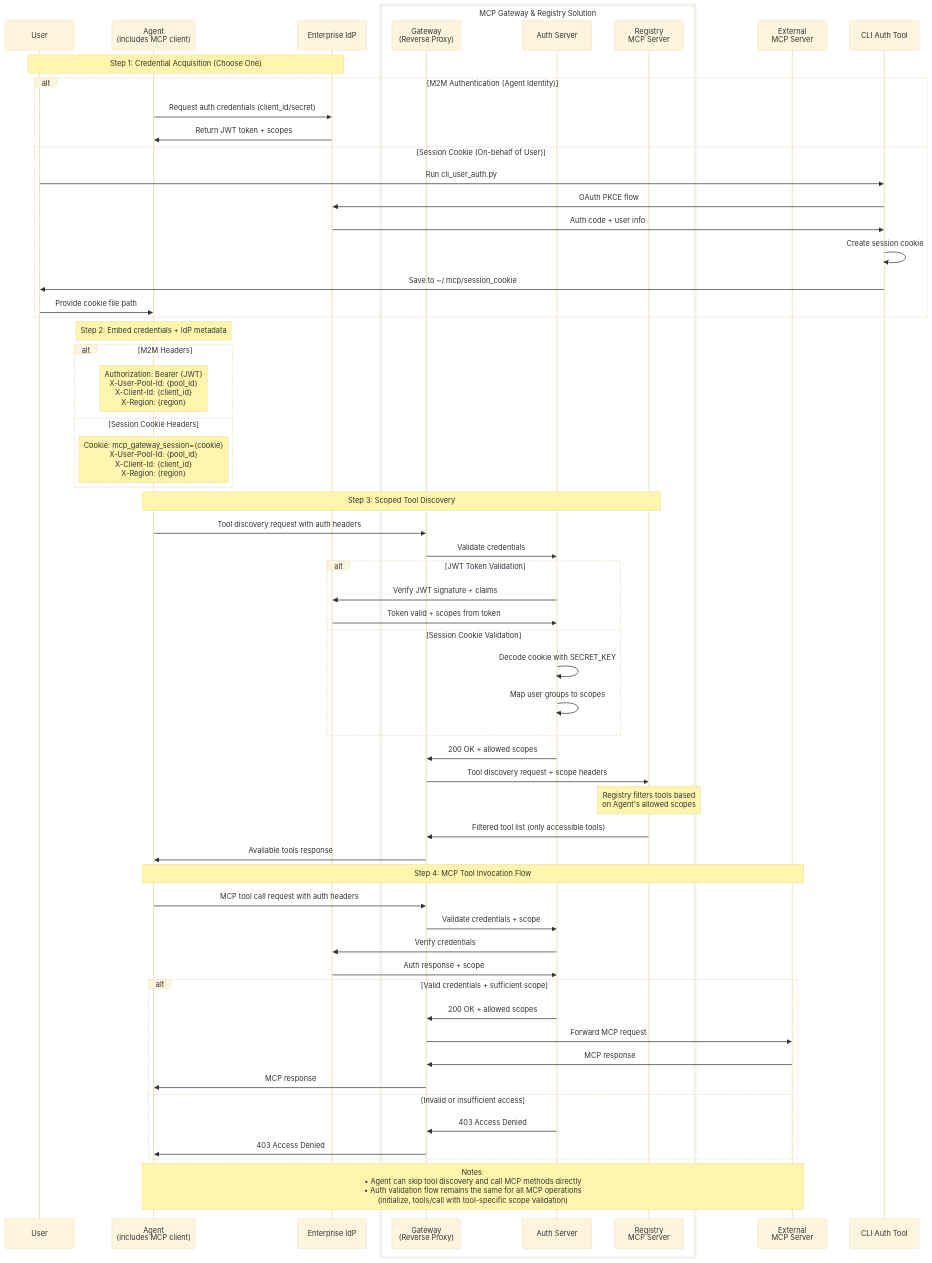
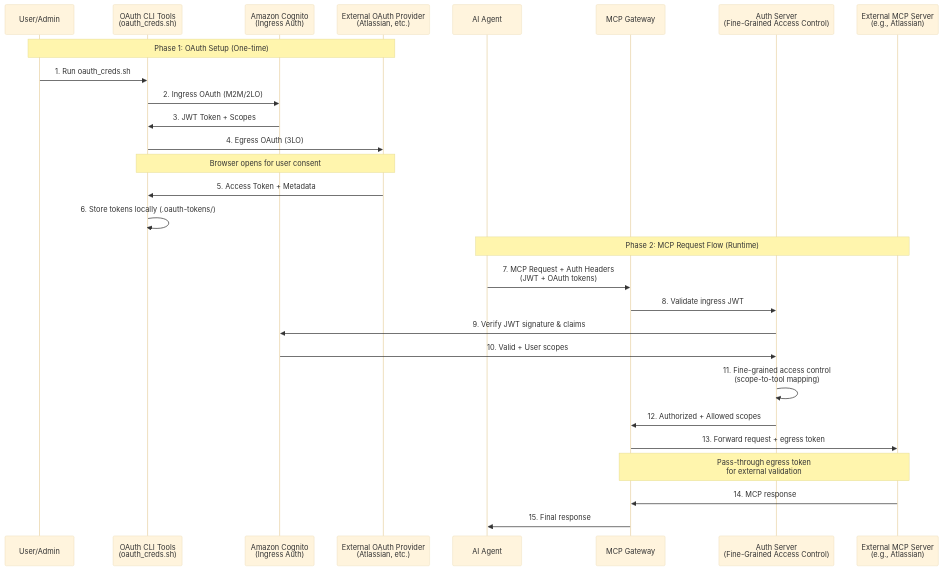
The first of 3 diagrams in docs/auth.md (ascending-llc/mcp-gateway-registry), drawn with Mermaid (base theme) before and after one commit. The commit also changed other lines of this file and 1 other file, not shown here.

First line of the commit message:
Redesign authentication documentation with OAuth 2LO/3LO architecture

````diff
--- a/docs/auth.md
+++ b/docs/auth.md
@@ -126,75 +14,34 @@
 ```mermaid
 sequenceDiagram
-    participant User
-    participant Agent as Agent<br/>(includes MCP client)
-    participant IdP as Enterprise IdP
+    participant User as User/Admin
+    participant CLI as OAuth CLI Tools<br/>(oauth_creds.sh)
+    participant Cognito as Amazon Cognito<br/>(Ingress Auth)
+    participant ExtProvider as External OAuth Provider<br/>(Atlassian, etc.)
+    participant Agent as AI Agent
+    participant Gateway as MCP Gateway
+    participant AuthServer as Auth Server<br/>(Fine-Grained Access Control)
+    participant MCPServer as External MCP Server<br/>(e.g., Atlassian)
     
-    box rgba(0,0,0,0) MCP Gateway & Registry Solution
-        participant Gateway as Gateway<br/>(Reverse Proxy)
-        participant AuthServer as Auth Server
-        participant Registry as Registry<br/>MCP Server
-    end
+    Note over User,ExtProvider: Phase 1: OAuth Setup (One-time)
     
-    participant MCP as External<br/>MCP Server
-
-    %% Step 1: Get credentials
-    Note over User,IdP: Step 1: Credential Acquisition (Choose One)
-    alt M2M Authentication (Agent Identity)
-        Agent->>IdP: Request auth credentials (client_id/secret)
-        IdP->>Agent: Return JWT token + scopes
-    else Session Cookie (On-behalf of User)
-        participant CLIAuth as CLI Auth Tool
-        User->>CLIAuth: Run cli_user_auth.py
-        CLIAuth->>IdP: OAuth PKCE flow
-        IdP->>CLIAuth: Auth code + user info
-        CLIAuth->>CLIAuth: Create session cookie
-        CLIAuth->>User: Save to ~/.mcp/session_cookie
-        User->>Agent: Provide cookie file path
-    end
-
-    %% Step 2: Embed credentials in headers
-    Note over Agent: Step 2: Embed credentials + IdP metadata
-    alt M2M Headers
-        Note over Agent: Authorization: Bearer {JWT}<br/>X-User-Pool-Id: {pool_id}<br/>X-Client-Id: {client_id}<br/>X-Region: {region}
-    else Session Cookie Headers
-        Note over Agent: Cookie: mcp_gateway_session={cookie}<br/>X-User-Pool-Id: {pool_id}<br/>X-Client-Id: {client_id}<br/>X-Region: {region}
-    end
-
-    %% Step 3: Tool Discovery with scoped access
-    Note over Agent,Registry: Step 3: Scoped Tool Discovery
-    Agent->>Gateway: Tool discovery request with auth headers
-    Gateway->>AuthServer: Validate credentials
-    alt JWT Token Validation
-        AuthServer->>IdP: Verify JWT signature + claims
-        IdP->>AuthServer: Token valid + scopes from token
-    else Session Cookie Validation
-        AuthServer->>AuthServer: Decode cookie with SECRET_KEY
-        AuthServer->>AuthServer: Map user groups to scopes
-    end
-    AuthServer->>Gateway: 200 OK + allowed scopes
-    Gateway->>Registry: Tool discovery request + scope headers
+    User->>CLI: 1. Run oauth_creds.sh
+    CLI->>Cognito: 2. Ingress OAuth (M2M/2LO)
+    Cognito->>CLI: 3. JWT Token + Scopes
+    CLI->>ExtProvider: 4. Egress OAuth (3LO)
+    Note over CLI,ExtProvider: Browser opens for user consent
+    ExtProvider->>CLI: 5. Access Token + Metadata
+    CLI->>CLI: 6. Store tokens locally (.oauth-tokens/)
     
-    Note over Registry: Registry filters tools based<br/>on Agent's allowed scopes
-    Registry->>Gateway: Filtered tool list (only accessible tools)
-    Gateway->>Agent: Available tools response
-
-    %% Step 4: MCP Tool Invocation to External Server
-    Note over Agent,MCP: Step 4: MCP Tool Invocation Flow
-    Agent->>Gateway: MCP tool call request with auth headers
-    Gateway->>AuthServer: Validate credentials + scope
-    AuthServer->>IdP: Verify credentials
-    IdP->>AuthServer: Auth response + scope
+    Note over Agent,MCPServer: Phase 2: MCP Request Flow (Runtime)
     
-    alt Valid credentials + sufficient scope
-        AuthServer->>Gateway: 200 OK + allowed scopes
-        Gateway->>MCP: Forward MCP request
-        MCP->>Gateway: MCP response
-        Gateway->>Agent: MCP response
-    else Invalid or insufficient access
-        AuthServer->>Gateway: 403 Access Denied
-        Gateway->>Agent: 403 Access Denied
-    end
-
-    %% Footnotes
-    Note over Agent,MCP: Notes:<br/>• Agent can skip tool discovery and call MCP methods directly<br/>• Auth validation flow remains the same for all MCP operations<br/>  (initialize, tools/call with tool-specific scope validation)
+    Agent->>Gateway: 7. MCP Request + Auth Headers<br/>(JWT + OAuth tokens)
+    Gateway->>AuthServer: 8. Validate ingress JWT
+    AuthServer->>Cognito: 9. Verify JWT signature & claims
+    Cognito->>AuthServer: 10. Valid + User scopes
+    AuthServer->>AuthServer: 11. Fine-grained access control<br/>(scope-to-tool mapping)
+    AuthServer->>Gateway: 12. Authorized + Allowed scopes
+    Gateway->>MCPServer: 13. Forward request + egress token
+    Note over Gateway,MCPServer: Pass-through egress token<br/>for external validation
+    MCPServer->>Gateway: 14. MCP response
+    Gateway->>Agent: 15. Final response
 ```
````
